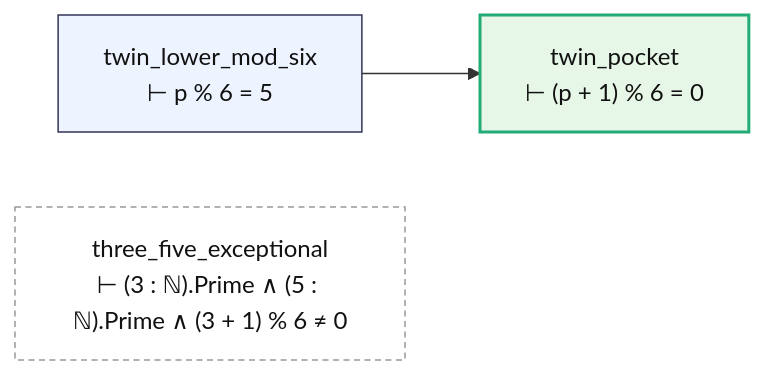
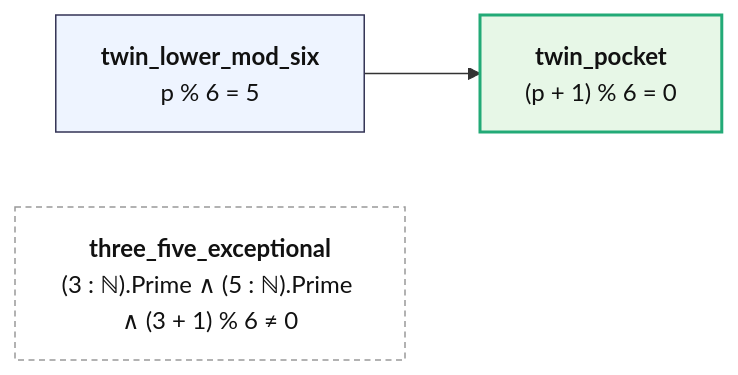
Before and after one commit to juliansambranojr/Primebeat_081426: the diagram in map/lean/TwinLattice.md, drawn with Mermaid. The commit also changed other lines of this file and 387 other files, not shown here.

````diff
--- a/map/lean/TwinLattice.md
+++ b/map/lean/TwinLattice.md
@@ -8,13 +12,12 @@
 ```mermaid
 flowchart LR
-  n0["twin_lower_mod_six<br/>⊢ p % 6 = 5"]:::thm
-  n1["twin_pocket<br/>⊢ (p + 1) % 6 = 0"]:::end_
-  n2["three_five_exceptional<br/>⊢ (3 : ℕ).Prime ∧ (5 : ℕ).Prime ∧ (3 + 1) % 6 ≠ 0"]:::lone
+  n0["<b>twin_lower_mod_six</b><br/>p % 6 = 5"]:::thm
+  n1["<b>twin_pocket</b><br/>(p + 1) % 6 = 0"]:::end_
+  n2["<b>three_five_exceptional</b><br/>(3 : ℕ).Prime ∧ (5 : ℕ).Prime ∧ (3 + 1) % 6 ≠ 0"]:::lone
   n0 --> n1
   classDef thm fill:#eef4ff,stroke:#335,color:#111
-  classDef dfn fill:#f2f2f2,stroke:#777,color:#111
   classDef end_ fill:#e7f7e7,stroke:#2a7,color:#111,stroke-width:2px
   classDef lone fill:#fff,stroke:#999,color:#111,stroke-dasharray:4 3
   classDef bad fill:#ffe5e5,stroke:#c22,color:#111,stroke-width:2px
-  classDef ext fill:#fff8e1,stroke:#b80,color:#111,stroke-dasharray:2 2
+  classDef ext fill:#fff8e1,stroke:#b80,color:#111
 ```
````
